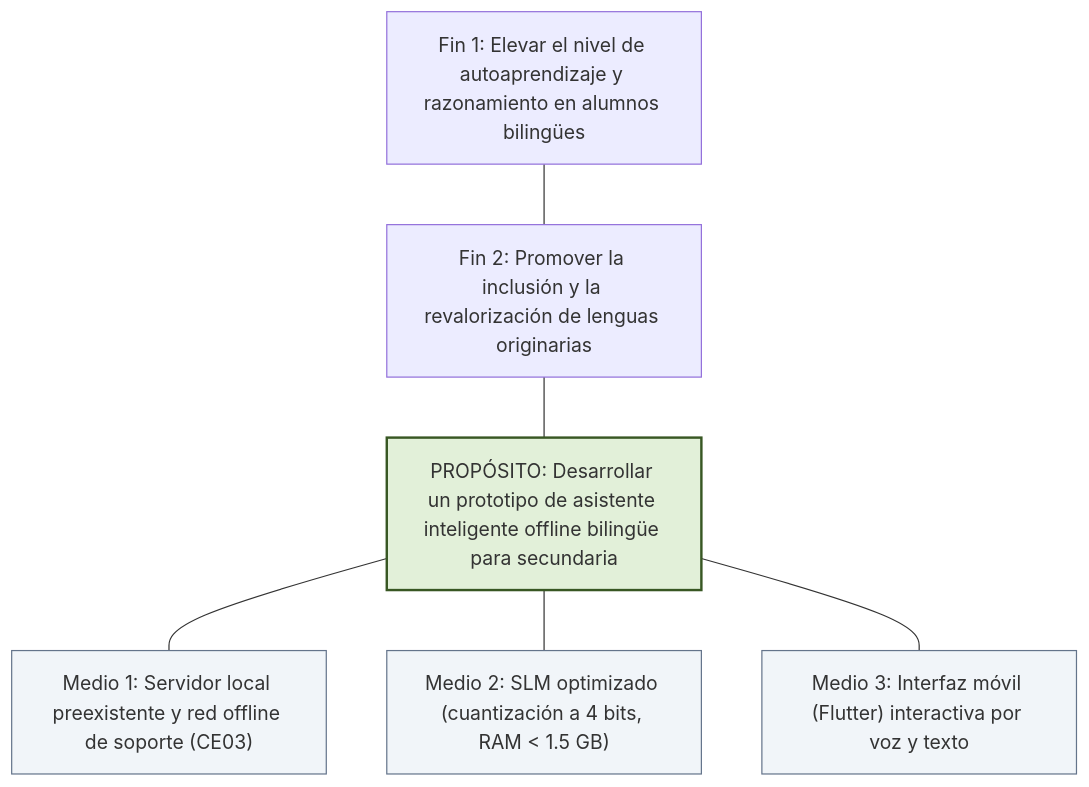
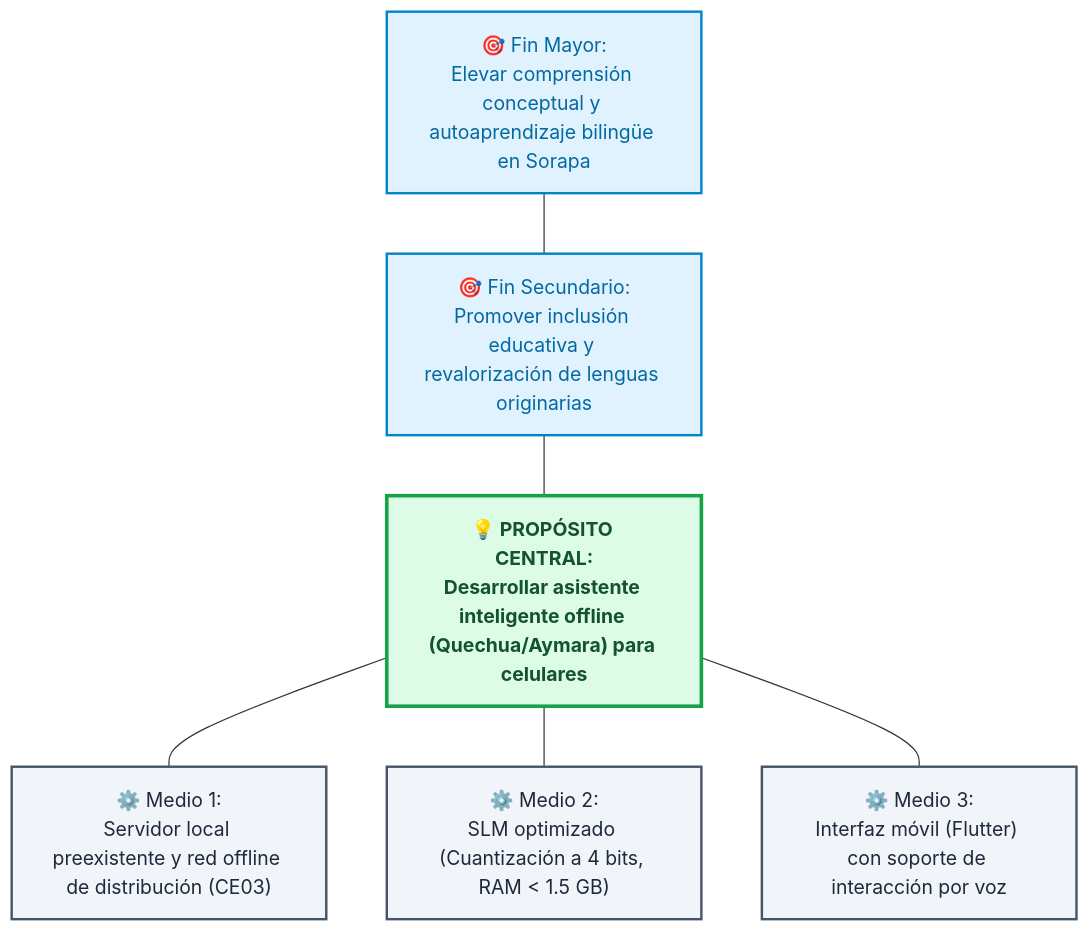
The first of 4 diagrams in docs/ChristianRafaelMamaniCallata/entregable2.md (jhanslarico11/Perfil-de-Egreso), drawn with Mermaid before and after one commit. The commit also changed other lines of this file and 4 other files, not shown here.

Commit message:
Personalización visual y estilización de los diagramas Mermaid

````diff
--- a/docs/ChristianRafaelMamaniCallata/entregable2.md
+++ b/docs/ChristianRafaelMamaniCallata/entregable2.md
@@ -132,25 +131,23 @@
 ```mermaid
 graph TD
-    %% Fines (Nivel Superior)
-    F1["Fin 1: Elevar el nivel de autoaprendizaje y razonamiento en alumnos bilingües"]
-    F2["Fin 2: Promover la inclusión y la revalorización de lenguas originarias"]
+    classDef fin fill:#e0f2fe,stroke:#0284c7,stroke-width:2px,color:#0369a1;
+    classDef prop fill:#dcfce7,stroke:#16a34a,stroke-width:3px,color:#14532d,font-weight:bold;
+    classDef medio fill:#f1f5f9,stroke:#475569,stroke-width:2px,color:#1e293b;
 
-    %% Propósito Central
-    PC["PROPÓSITO: Desarrollar un prototipo de asistente inteligente offline bilingüe para secundaria"]
+    %% Nodos
+    F1["🎯 Fin Mayor:<br>Elevar comprensión conceptual y autoaprendizaje bilingüe en Sorapa"]:::fin
+    F2["🎯 Fin Secundario:<br>Promover inclusión educativa y revalorización de lenguas originarias"]:::fin
 
-    %% Medios (Nivel Inferior)
-    M1["Medio 1: Servidor local preexistente y red offline de soporte (CE03)"]
-    M2["Medio 2: SLM optimizado (cuantización a 4 bits, RAM < 1.5 GB)"]
-    M3["Medio 3: Interfaz móvil (Flutter) interactiva por voz y texto"]
+    PC["💡 PROPÓSITO CENTRAL:<br>Desarrollar asistente inteligente offline (Quechua/Aymara) para celulares"]:::prop
 
+    M1["⚙️ Medio 1:<br>Servidor local preexistente y red offline de distribución (CE03)"]:::medio
+    M2["⚙️ Medio 2:<br>SLM optimizado (Cuantización a 4 bits, RAM < 1.5 GB)"]:::medio
+    M3["⚙️ Medio 3:<br>Interfaz móvil (Flutter) con soporte de interacción por voz"]:::medio
+
+    %% Enlaces
     F1 --- F2
     F2 --- PC
     PC --- M1
     PC --- M2
     PC --- M3
-    
-    style PC fill:#e2f0d9,stroke:#385723,stroke-width:2px;
-    style M1 fill:#f1f5f9,stroke:#64748b;
-    style M2 fill:#f1f5f9,stroke:#64748b;
-    style M3 fill:#f1f5f9,stroke:#64748b;
 ```
````
